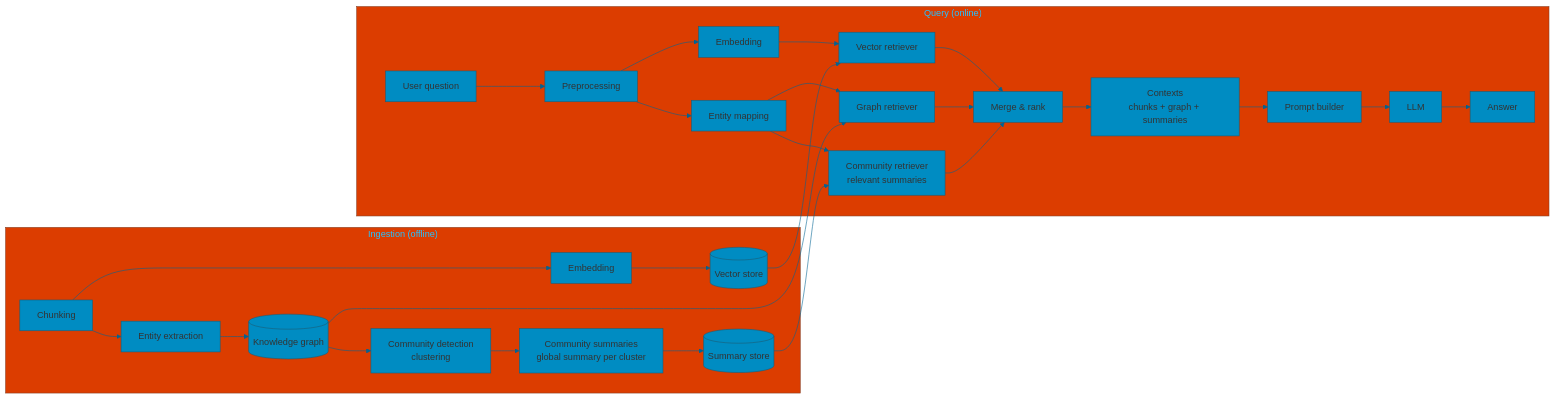
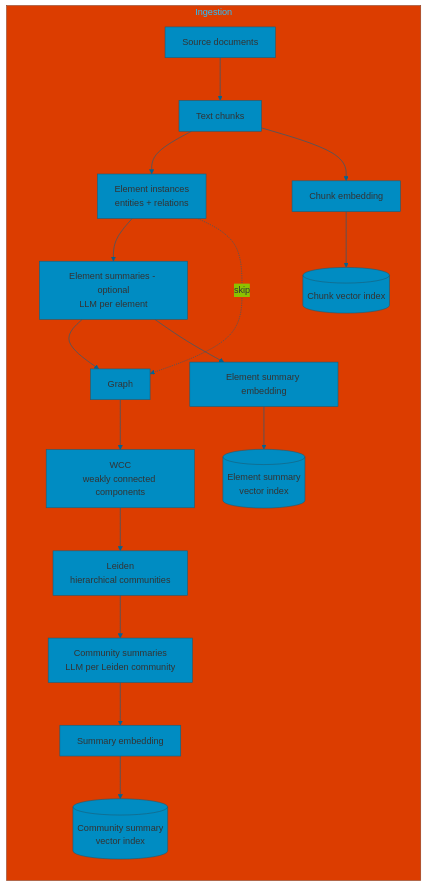
One commit to chboudry/cookingGraphRag changed the first of 4 diagrams in content/1_Architecture/1_Graph RAG/3_Hierarchical graph RAG.md. Above: the diagram before and after it, drawn with Mermaid. The commit also changed other lines of this file and 11 other files, not shown here.

Commit message:
Refactor Graph RAG documentation: remove the 'Why unify?' section for clarity, enhance the hierarchical graph RAG description with community layer details, and add ingestion pipeline overview with vector indexing strategies. Update chunking pro tips for optimal token usage.

````diff
--- a/content/1_Architecture/1_Graph RAG/3_Hierarchical graph RAG.md
+++ b/content/1_Architecture/1_Graph RAG/3_Hierarchical graph RAG.md
@@ -3,40 +9,27 @@
 ```mermaid
 %%{init:{
   'theme':'base',
   'themeVariables':{
     'primaryColor':'#008CC2',
     'textColor':'#000000',
     'lineColor':'#006494'
   }
 }}%%
 flowchart LR
-
-  subgraph I["Ingestion (offline)"]
-    C[Chunking] --> E1[Embedding]
-    E1 --> VS[(Vector store)]
-    C --> NER[Entity extraction]
-    NER --> KG[(Knowledge graph)]
-    KG --> CC[Community detection<br/>clustering]
-    CC --> CS[Community summaries<br/>global summary per cluster]
-    CS --> SS[(Summary store)]
-  end
-
-  subgraph Q["Query (online)"]
-    U[User question] --> P[Preprocessing]
-    P --> E2[Embedding]
-    E2 --> VL[Vector retriever]
-    P --> GE[Entity mapping]
-    GE --> GR[Graph retriever]
-    GE --> CR[Community retriever<br/>relevant summaries]
-    VS --> VL
-    KG --> GR
-    SS --> CR
-    VL --> M[Merge & rank]
-    GR --> M
-    CR --> M
-    M --> K[Contexts<br/>chunks + graph + summaries]
-    K --> B[Prompt builder]
-    B --> LLM[LLM]
-    LLM --> A[Answer]
+  subgraph INGESTION["Ingestion"]
+    A[Source documents] --> B[Text chunks]
+    B --> C[Element instances<br/>entities + relations]
+    C --> D[Element summaries - optional<br/>LLM per element]
+    D --> E[Graph]
+    C -.->|skip| E[Graph]
+    E --> F[WCC<br/>weakly connected components]
+    F --> G[Leiden<br/>hierarchical communities]
+    G --> H[Community summaries<br/>LLM per Leiden community]
+    B --> Bemb[Chunk embedding]
+    Bemb --> IdxChunk[(Chunk vector index)]
+    D --> Demb[Element summary embedding]
+    Demb --> IdxElem[(Element summary<br/>vector index)]
+    H --> Hemb[Summary embedding]
+    Hemb --> IdxSum[(Community summary<br/>vector index)]
   end
 ```
````
